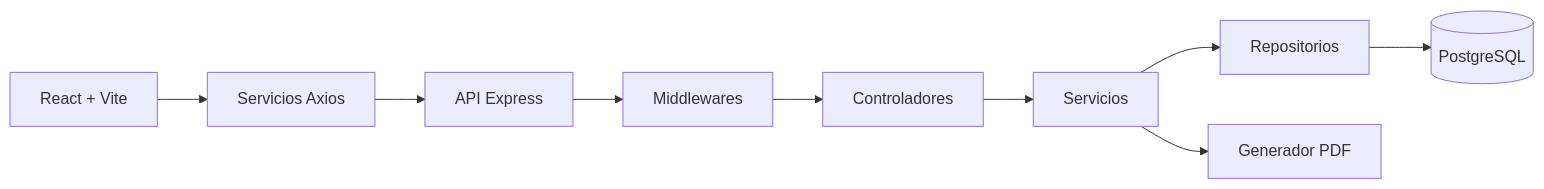
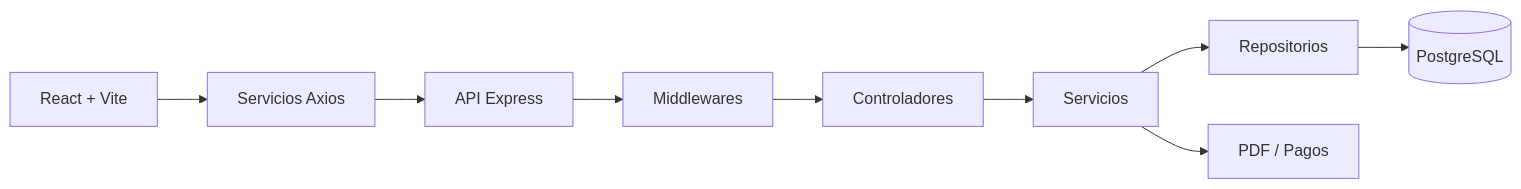
The first of 2 diagrams in README.md (GermainCruz/Proyecto_Carrito), drawn with Mermaid before and after one commit. The commit also changed other lines of this file and 3 other files, not shown here.

````diff
--- a/README.md
+++ b/README.md
@@ -70,11 +43,11 @@
 ```mermaid
 flowchart LR
     A[React + Vite] --> B[Servicios Axios]
     B --> C[API Express]
     C --> D[Middlewares]
     D --> E[Controladores]
     E --> F[Servicios]
     F --> G[Repositorios]
     G --> H[(PostgreSQL)]
-    F --> I[Generador PDF]
+    F --> I[PDF / Pagos]
 ```
````
